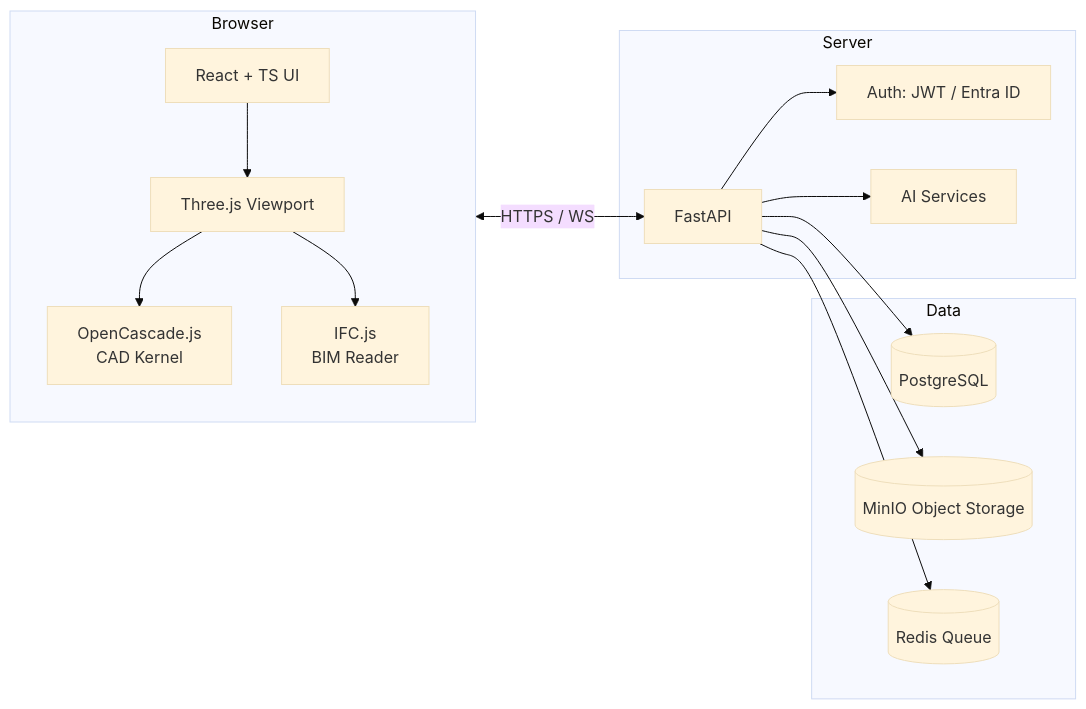
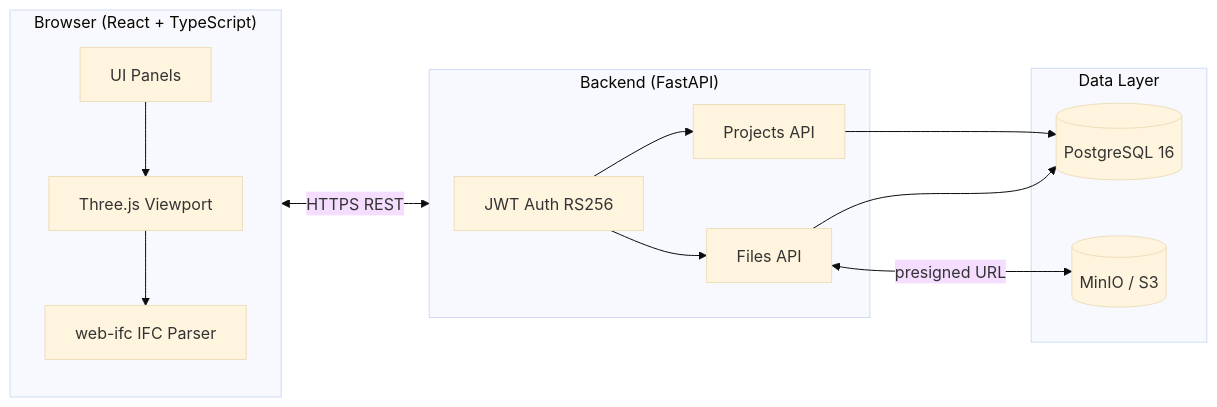
The first of 3 diagrams in README.md (Kensan196948G/ArcSphere3D), drawn with Mermaid (base theme) before and after one commit. The commit also changed other lines of this file and 14 other files, not shown here.

First line of the commit message:
feat: Phase 4 complete — JWT RS256 + OrbitControls + integration CI + OpenAPI contract tests (43/43 pass)

````diff
--- a/README.md
+++ b/README.md
@@ -35,31 +41,28 @@
 ```mermaid
-flowchart LR
-    subgraph Browser
-        UI[React + TS UI]
-        R3D[Three.js Viewport]
-        OCJ[OpenCascade.js<br/>CAD Kernel]
-        IFCJ[IFC.js<br/>BIM Reader]
-        UI --> R3D
-        R3D --> OCJ
-        R3D --> IFCJ
+graph LR
+    subgraph Browser["Browser (React + TypeScript)"]
+        UI[UI Panels]
+        VP[Three.js Viewport]
+        IFC[web-ifc IFC Parser]
+        UI --> VP
+        VP --> IFC
     end
 
-    subgraph Server
-        API[FastAPI]
-        AUTH[Auth: JWT / Entra ID]
-        AI[AI Services]
-        API --> AUTH
-        API --> AI
+    subgraph API["Backend (FastAPI)"]
+        AUTH[JWT Auth RS256]
+        PROJ[Projects API]
+        FILES[Files API]
+        AUTH --> PROJ
+        AUTH --> FILES
     end
 
-    subgraph Data
-        PG[(PostgreSQL)]
-        MIN[(MinIO Object Storage)]
-        RDS[(Redis Queue)]
+    subgraph Data["Data Layer"]
+        PG[(PostgreSQL 16)]
+        S3[(MinIO / S3)]
     end
 
-    Browser <-->|HTTPS / WS| API
-    API --> PG
-    API --> MIN
-    API --> RDS
+    Browser <-->|"HTTPS REST"| API
+    PROJ --> PG
+    FILES --> PG
+    FILES <-->|"presigned URL"| S3
 ```
````
